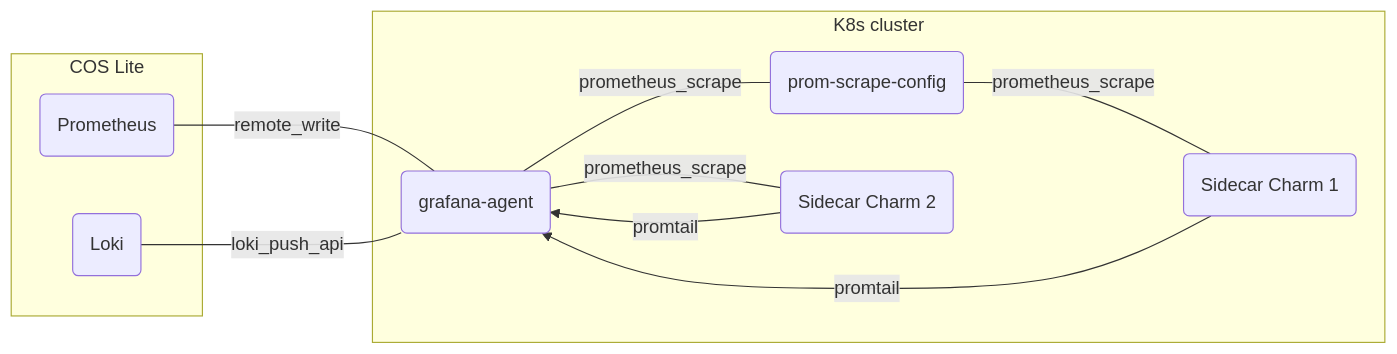
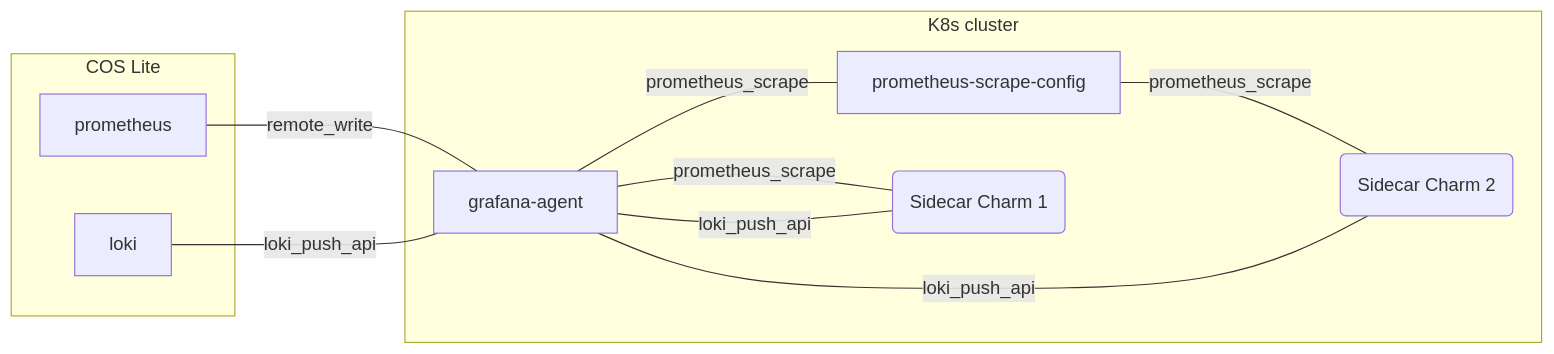
One commit to canonical/grafana-agent-k8s-operator changed the diagram in README.md. Above: the diagram before and after it, drawn with Mermaid.

Commit message:
format mermaid

````diff
--- a/README.md
+++ b/README.md
@@ -11,17 +11,18 @@
 ```mermaid
 flowchart LR
     subgraph COS Lite
-        P(Prometheus)
-        L(Loki)
+        prometheus
+        loki
     end
     subgraph K8s cluster
-        P --- |remote_write| GA(grafana-agent)
-        L --- |loki_push_api| GA
-        GA --- |prometheus_scrape| PSC(prom-scrape-config)
-        PSC --- |prometheus_scrape| C1(Sidecar Charm 1)
-        C1 --> |promtail| GA
+        prometheus               ---      |remote_write| grafana-agent
+        loki                     ---     |loki_push_api| grafana-agent
+        grafana-agent            --- |prometheus_scrape| prometheus-scrape-config
 
-        GA --- |prometheus_scrape| C2(Sidecar Charm 2)
-        C2 --> |promtail| GA
+        grafana-agent            --- |prometheus_scrape| C1(Sidecar Charm 1)
+        C1                       ---     |loki_push_api| grafana-agent
+
+        prometheus-scrape-config --- |prometheus_scrape| C2(Sidecar Charm 2)
+        C2                       ---     |loki_push_api| grafana-agent
     end
 ```
````
